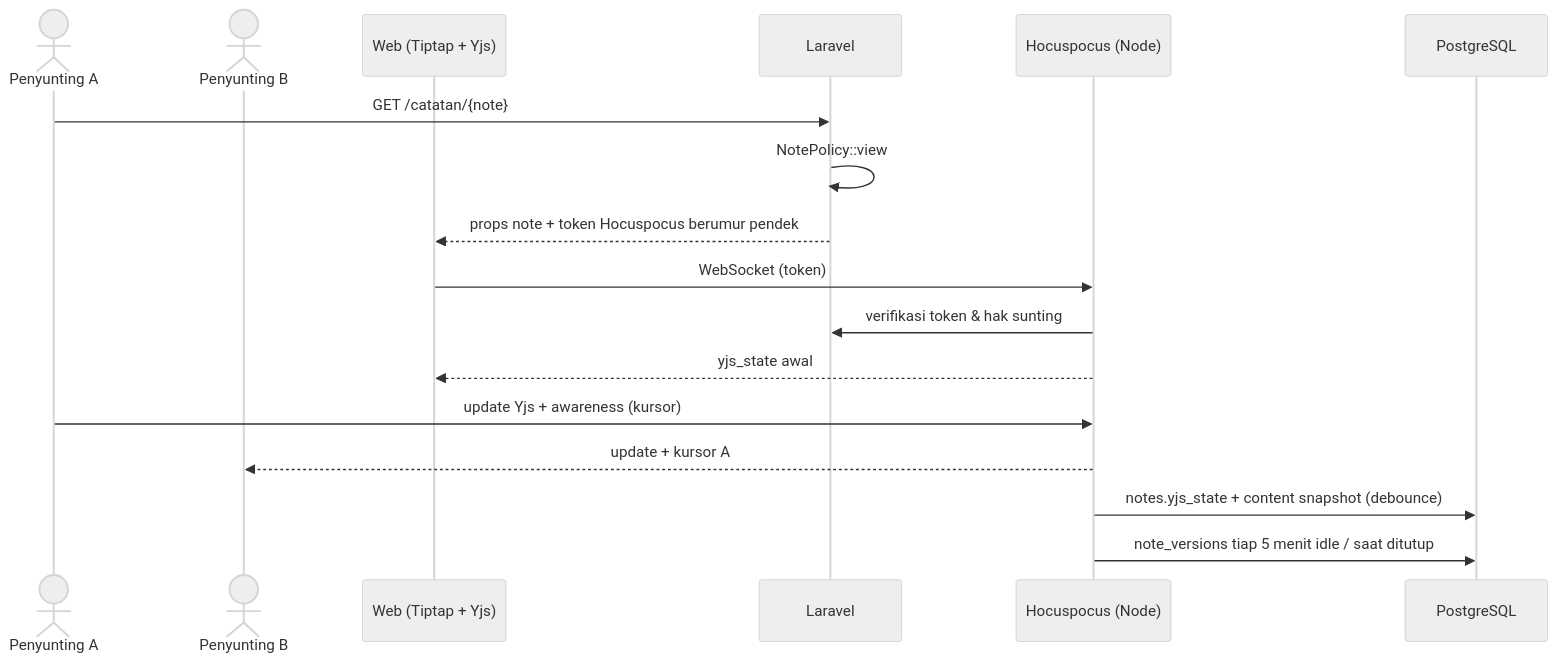
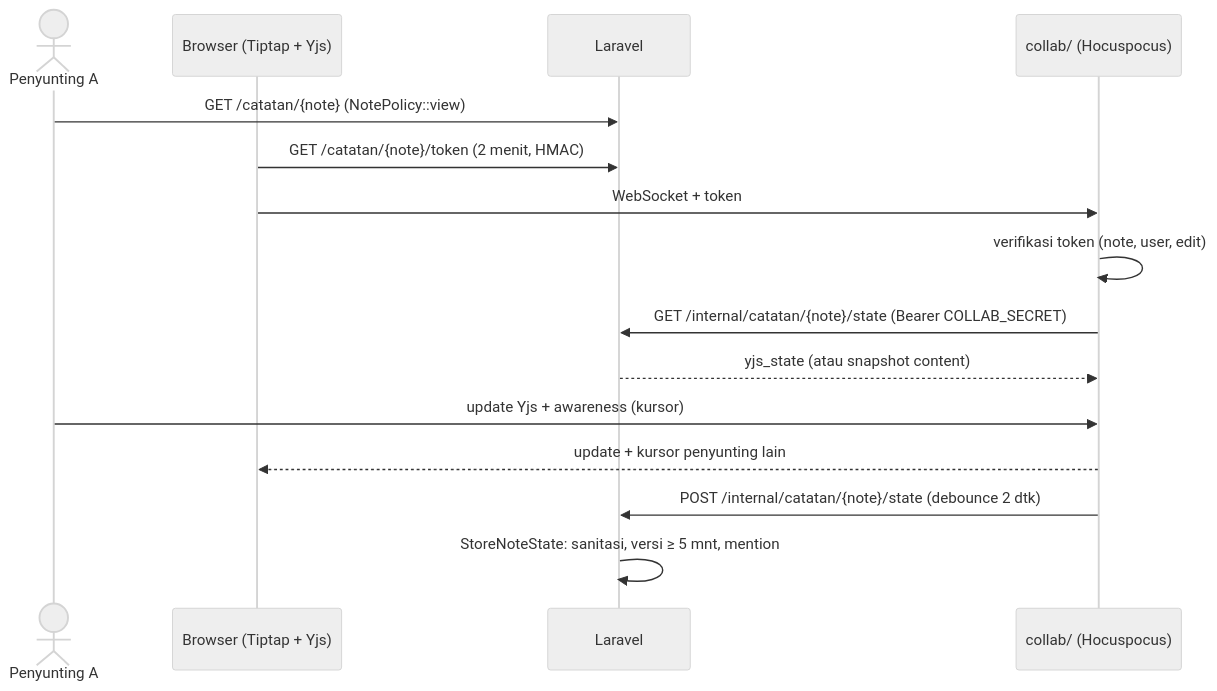
One commit to faris315mfaf-ai/ruang-kerja changed the diagram in docs/fitur/catatan.md. Above: the diagram before and after it, drawn with Mermaid (neutral theme). The commit also changed other lines of this file and 1 other file, not shown here.

Commit message:
docs(catatan): skema notes, akses, dan cara menjalankan server kolaborasi

````diff
--- a/docs/fitur/catatan.md
+++ b/docs/fitur/catatan.md
@@ -84,19 +45,17 @@
 ```mermaid
 sequenceDiagram
     actor A as Penyunting A
-    actor B as Penyunting B
-    participant W as Web (Tiptap + Yjs)
+    participant W as Browser (Tiptap + Yjs)
     participant L as Laravel
-    participant H as Hocuspocus (Node)
-    participant DB as PostgreSQL
-    A->>L: GET /catatan/{note}
-    L->>L: NotePolicy::view
-    L-->>W: props note + token Hocuspocus berumur pendek
-    W->>H: WebSocket (token)
-    H->>L: verifikasi token & hak sunting
-    H-->>W: yjs_state awal
+    participant H as collab/ (Hocuspocus)
+    A->>L: GET /catatan/{note} (NotePolicy::view)
+    W->>L: GET /catatan/{note}/token (2 menit, HMAC)
+    W->>H: WebSocket + token
+    H->>H: verifikasi token (note, user, edit)
+    H->>L: GET /internal/catatan/{note}/state (Bearer COLLAB_SECRET)
+    L-->>H: yjs_state (atau snapshot content)
     A->>H: update Yjs + awareness (kursor)
-    H-->>B: update + kursor A
-    H->>DB: notes.yjs_state + content snapshot (debounce)
-    H->>DB: note_versions tiap 5 menit idle / saat ditutup
+    H-->>W: update + kursor penyunting lain
+    H->>L: POST /internal/catatan/{note}/state (debounce 2 dtk)
+    L->>L: StoreNoteState: sanitasi, versi ≥ 5 mnt, mention
 ```
````
